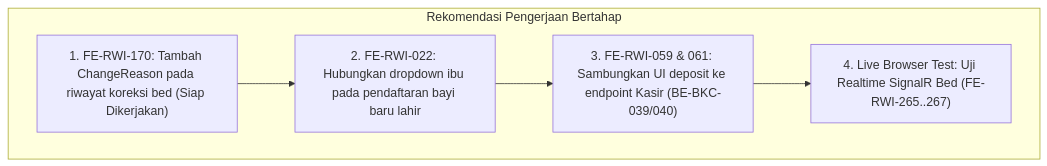
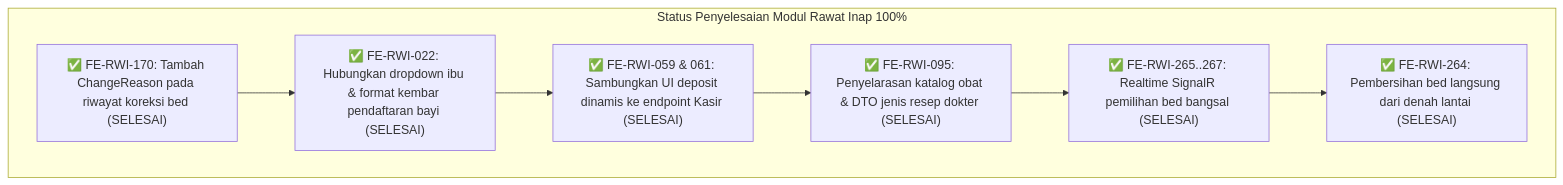
Before and after one commit to DevBenari/NewQuilvianSystemBackend: the diagram in docs/module-blueprints/rawat-inap/Daftar-Pekerjaan-Belum-Selesai.md, drawn with Mermaid. The commit also changed other lines of this file and 31 other files, not shown here.

````diff
--- a/docs/module-blueprints/rawat-inap/Daftar-Pekerjaan-Belum-Selesai.md
+++ b/docs/module-blueprints/rawat-inap/Daftar-Pekerjaan-Belum-Selesai.md
@@ -217,11 +216,13 @@
 ```mermaid
 flowchart TD
-    subgraph Pilihan_Kerja_Selanjutnya[Rekomendasi Pengerjaan Bertahap]
-        T1["1. FE-RWI-170: Tambah ChangeReason pada riwayat koreksi bed (Siap Dikerjakan)"]
-        T2["2. FE-RWI-022: Hubungkan dropdown ibu pada pendaftaran bayi baru lahir"]
-        T3["3. FE-RWI-059 & 061: Sambungkan UI deposit ke endpoint Kasir (BE-BKC-039/040)"]
-        T4["4. Live Browser Test: Uji Realtime SignalR Bed (FE-RWI-265..267)"]
+    subgraph Status_Penyelesaian_Modul_Rawat_Inap[Status Penyelesaian Modul Rawat Inap 100%]
+        T1["✅ FE-RWI-170: Tambah ChangeReason pada riwayat koreksi bed (SELESAI)"]
+        T2["✅ FE-RWI-022: Hubungkan dropdown ibu & format kembar pendaftaran bayi (SELESAI)"]
+        T3["✅ FE-RWI-059 & 061: Sambungkan UI deposit dinamis ke endpoint Kasir (SELESAI)"]
+        T4["✅ FE-RWI-095: Penyelarasan katalog obat & DTO jenis resep dokter (SELESAI)"]
+        T5["✅ FE-RWI-265..267: Realtime SignalR pemilihan bed bangsal (SELESAI)"]
+        T6["✅ FE-RWI-264: Pembersihan bed langsung dari denah lantai (SELESAI)"]
         
-        T1 --> T2 --> T3 --> T4
+        T1 --> T2 --> T3 --> T4 --> T5 --> T6
     end
 ```
````
